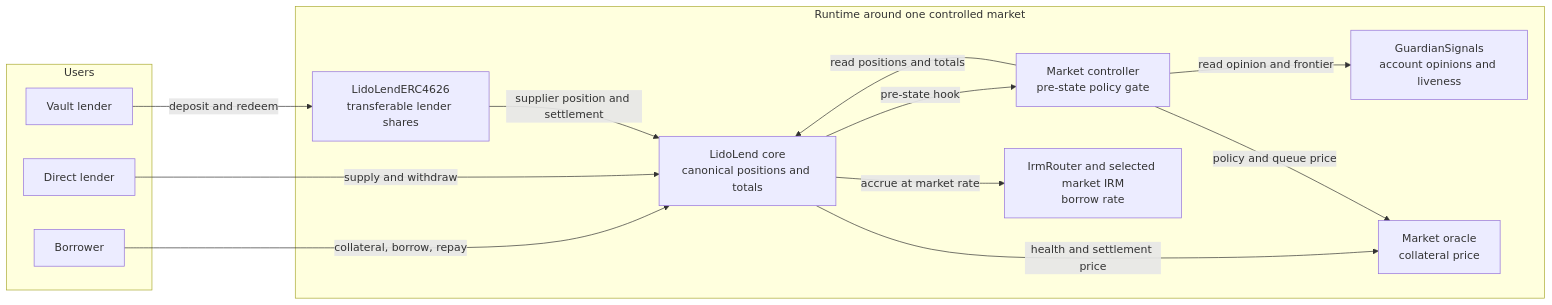
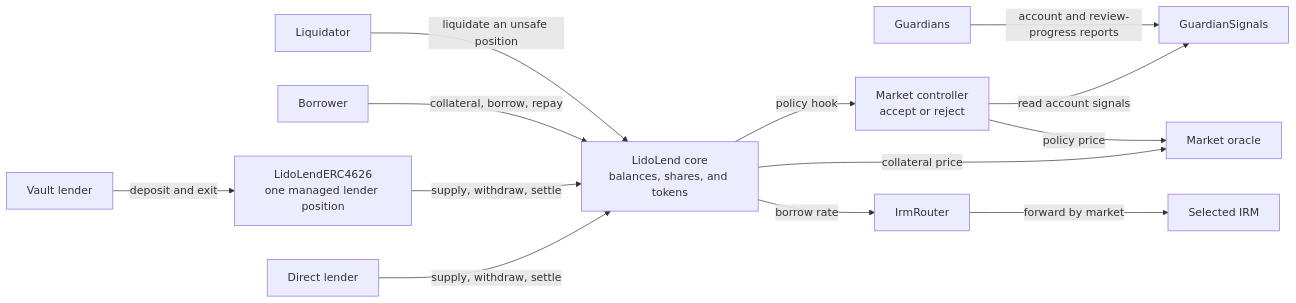
One commit to lidofinance/lend-markets changed the diagram in docs/specs/architecture.md. Above: the diagram before and after it, drawn with Mermaid. The commit also changed other lines of this file and 8 other files, not shown here.

````diff
--- a/docs/specs/architecture.md
+++ b/docs/specs/architecture.md
@@ -36,29 +11,18 @@
 ```mermaid
 flowchart LR
-    subgraph Users["Users"]
-        Borrower["Borrower"]
-        DirectLender["Direct lender"]
-        VaultLender["Vault lender"]
-    end
+    DirectLender["Direct lender"] -->|"supply, withdraw, settle"| Core["LidoLend core<br/>balances, shares, and tokens"]
+    VaultLender["Vault lender"] -->|"deposit and exit"| Vault["LidoLendERC4626<br/>one managed lender position"]
+    Vault -->|"supply, withdraw, settle"| Core
 
-    subgraph Runtime["Runtime around one controlled market"]
-        Core["LidoLend core<br/>canonical positions and totals"]
-        Controller["Market controller<br/>pre-state policy gate"]
-        Guardians["GuardianSignals<br/>account opinions and liveness"]
-        Oracle["Market oracle<br/>collateral price"]
-        IRM["IrmRouter and selected market IRM<br/>borrow rate"]
-        Vault["LidoLendERC4626<br/>transferable lender shares"]
-    end
+    Borrower["Borrower"] -->|"collateral, borrow, repay"| Core
+    Liquidator["Liquidator"] -->|"liquidate an unsafe position"| Core
 
-    Borrower -->|"collateral, borrow, repay"| Core
-    DirectLender -->|"supply and withdraw"| Core
-    VaultLender -->|"deposit and redeem"| Vault
-    Vault -->|"supplier position and settlement"| Core
+    Core -->|"policy hook"| Controller["Market controller<br/>accept or reject"]
+    Controller -->|"read account signals"| Signals["GuardianSignals"]
+    Guardians["Guardians"] -->|"account and review-progress reports"| Signals
 
-    Core -->|"pre-state hook"| Controller
-    Controller -->|"read positions and totals"| Core
-    Controller -->|"read opinion and frontier"| Guardians
-    Core -->|"health and settlement price"| Oracle
-    Controller -->|"policy and queue price"| Oracle
-    Core -->|"accrue at market rate"| IRM
+    Core -->|"collateral price"| Oracle["Market oracle"]
+    Controller -->|"policy price"| Oracle
+    Core -->|"borrow rate"| Router["IrmRouter"]
+    Router -->|"forward by market"| IRM["Selected IRM"]
 ```
````
